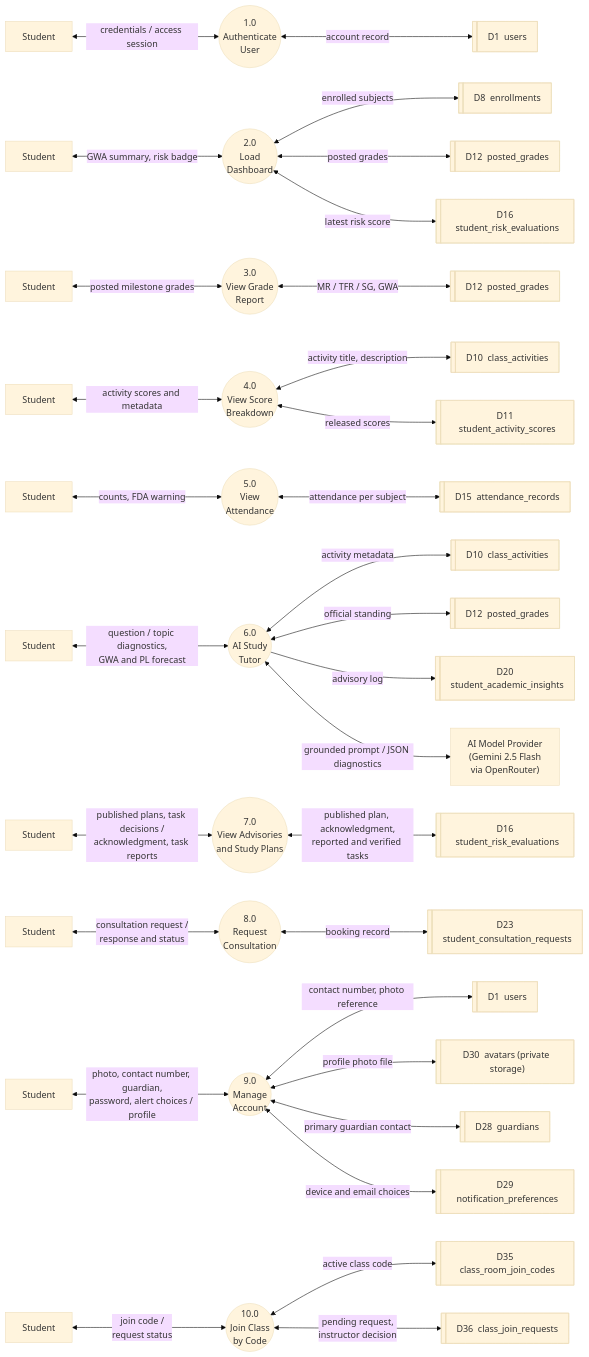
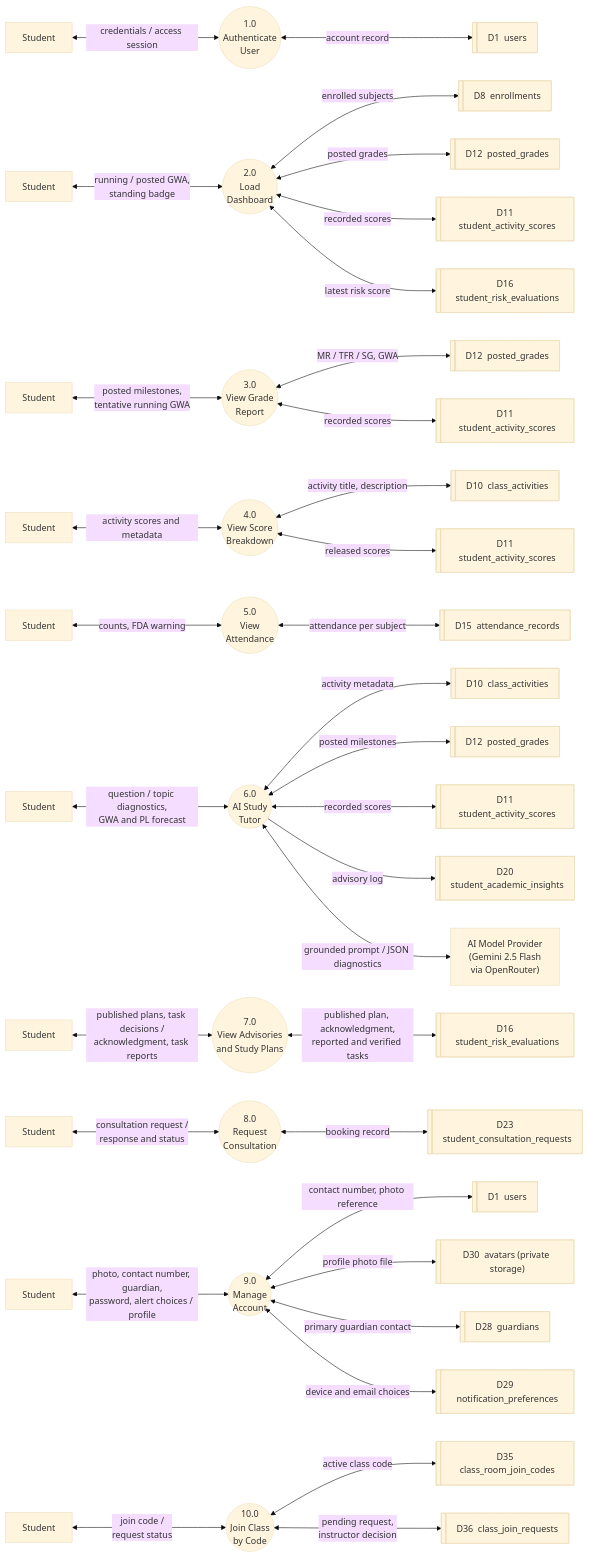
Before and after one commit to kurarensu16/sage: the diagram in docs/02-thesis/figures/Figure-2.8-DFD-Student.mmd, drawn with Mermaid (base theme). The commit also changed 35 other files, not shown here.

```diff
--- a/docs/02-thesis/figures/Figure-2.8-DFD-Student.mmd
+++ b/docs/02-thesis/figures/Figure-2.8-DFD-Student.mmd
@@ -1,54 +1,59 @@
 flowchart LR
 %% ===== Figure 2.8 — Level 1 DFD: Student Portal (updated 2026-10-10) =====
 %% 6.0 renamed AI Study Tutor; 7.0 adds acknowledgment and task decisions; adds 9.0 Manage Account.
 %% Revised 2026-10-10 (evening): adds 10.0 Join Class by Code (pending request until instructor approval).
+%% Revised 2026-10-11: 2.0 and 3.0 also read recorded scores for the tentative running GWA
+%% (posted milestones replace live terms); see docs/02-thesis/decisions/STUDENT_RUNNING_GWA_2026-10-11.md.
 %% Layout: External entity (left) -> Process (middle) -> Data stores (right)
 
   %% ---------- 1.0 ----------
   S1["Student"] <-- "credentials / access session" --> P1(("1.0<br/>Authenticate<br/>User"))
   P1 <-- "account record" --> D1@{ shape: lin-rect, label: "D1&nbsp; users" }
 
   %% ---------- 2.0 ----------
-  S2["Student"] <-- "GWA summary, risk badge" --> P2(("2.0<br/>Load<br/>Dashboard"))
+  S2["Student"] <-- "running / posted GWA,<br/>standing badge" --> P2(("2.0<br/>Load<br/>Dashboard"))
   P2 <-- "enrolled subjects" --> D8@{ shape: lin-rect, label: "D8&nbsp; enrollments" }
   P2 <-- "posted grades" --> D12b@{ shape: lin-rect, label: "D12&nbsp; posted_grades" }
+  P2 <-- "recorded scores" --> D11b@{ shape: lin-rect, label: "D11&nbsp; student_activity_scores" }
   P2 <-- "latest risk score" --> D16b@{ shape: lin-rect, label: "D16&nbsp; student_risk_evaluations" }
 
   %% ---------- 3.0 ----------
-  S3["Student"] <-- "posted milestone grades" --> P3(("3.0<br/>View Grade<br/>Report"))
+  S3["Student"] <-- "posted milestones,<br/>tentative running GWA" --> P3(("3.0<br/>View Grade<br/>Report"))
   P3 <-- "MR / TFR / SG, GWA" --> D12c@{ shape: lin-rect, label: "D12&nbsp; posted_grades" }
+  P3 <-- "recorded scores" --> D11c@{ shape: lin-rect, label: "D11&nbsp; student_activity_scores" }
 
   %% ---------- 4.0 ----------
   S4["Student"] <-- "activity scores and metadata" --> P4(("4.0<br/>View Score<br/>Breakdown"))
   P4 <-- "activity title, description" --> D10d@{ shape: lin-rect, label: "D10&nbsp; class_activities" }
   P4 <-- "released scores" --> D11d@{ shape: lin-rect, label: "D11&nbsp; student_activity_scores" }
 
   %% ---------- 5.0 ----------
   S5["Student"] <-- "counts, FDA warning" --> P5(("5.0<br/>View<br/>Attendance"))
   P5 <-- "attendance per subject" --> D15e@{ shape: lin-rect, label: "D15&nbsp; attendance_records" }
 
   %% ---------- 6.0 ----------
   S6["Student"] <-- "question / topic diagnostics,<br/>GWA and PL forecast" --> P6(("6.0<br/>AI Study<br/>Tutor"))
   P6 <-- "activity metadata" --> D10f@{ shape: lin-rect, label: "D10&nbsp; class_activities" }
-  P6 <-- "official standing" --> D12f@{ shape: lin-rect, label: "D12&nbsp; posted_grades" }
+  P6 <-- "posted milestones" --> D12f@{ shape: lin-rect, label: "D12&nbsp; posted_grades" }
+  P6 <-- "recorded scores" --> D11f@{ shape: lin-rect, label: "D11&nbsp; student_activity_scores" }
   P6 -- "advisory log" --> D20f@{ shape: lin-rect, label: "D20&nbsp; student_academic_insights" }
   P6 <-- "grounded prompt / JSON diagnostics" --> AIP["AI Model Provider<br/>(Gemini 2.5 Flash<br/>via OpenRouter)"]
 
   %% ---------- 7.0 ----------
   S7["Student"] <-- "published plans, task decisions /<br/>acknowledgment, task reports" --> P7(("7.0<br/>View Advisories<br/>and Study Plans"))
   P7 <-- "published plan, acknowledgment,<br/>reported and verified tasks" --> D16g@{ shape: lin-rect, label: "D16&nbsp; student_risk_evaluations" }
 
   %% ---------- 8.0 ----------
   S8["Student"] <-- "consultation request /<br/>response and status" --> P8(("8.0<br/>Request<br/>Consultation"))
   P8 <-- "booking record" --> D23h@{ shape: lin-rect, label: "D23&nbsp; student_consultation_requests" }
 
   %% ---------- 9.0 ----------
   S9["Student"] <-- "photo, contact number, guardian,<br/>password, alert choices / profile" --> P9(("9.0<br/>Manage<br/>Account"))
   P9 <-- "contact number, photo reference" --> D1i@{ shape: lin-rect, label: "D1&nbsp; users" }
   P9 <-- "profile photo file" --> D30i@{ shape: lin-rect, label: "D30&nbsp; avatars (private storage)" }
   P9 <-- "primary guardian contact" --> D28i@{ shape: lin-rect, label: "D28&nbsp; guardians" }
   P9 <-- "device and email choices" --> D29i@{ shape: lin-rect, label: "D29&nbsp; notification_preferences" }
   %% ---------- 10.0 ----------
   S10["Student"] <-- "join code /<br/>request status" --> P10(("10.0<br/>Join Class<br/>by Code"))
   P10 <-- "active class code" --> D35j@{ shape: lin-rect, label: "D35&nbsp; class_room_join_codes" }
   P10 <-- "pending request,<br/>instructor decision" --> D36j@{ shape: lin-rect, label: "D36&nbsp; class_join_requests" }
```
